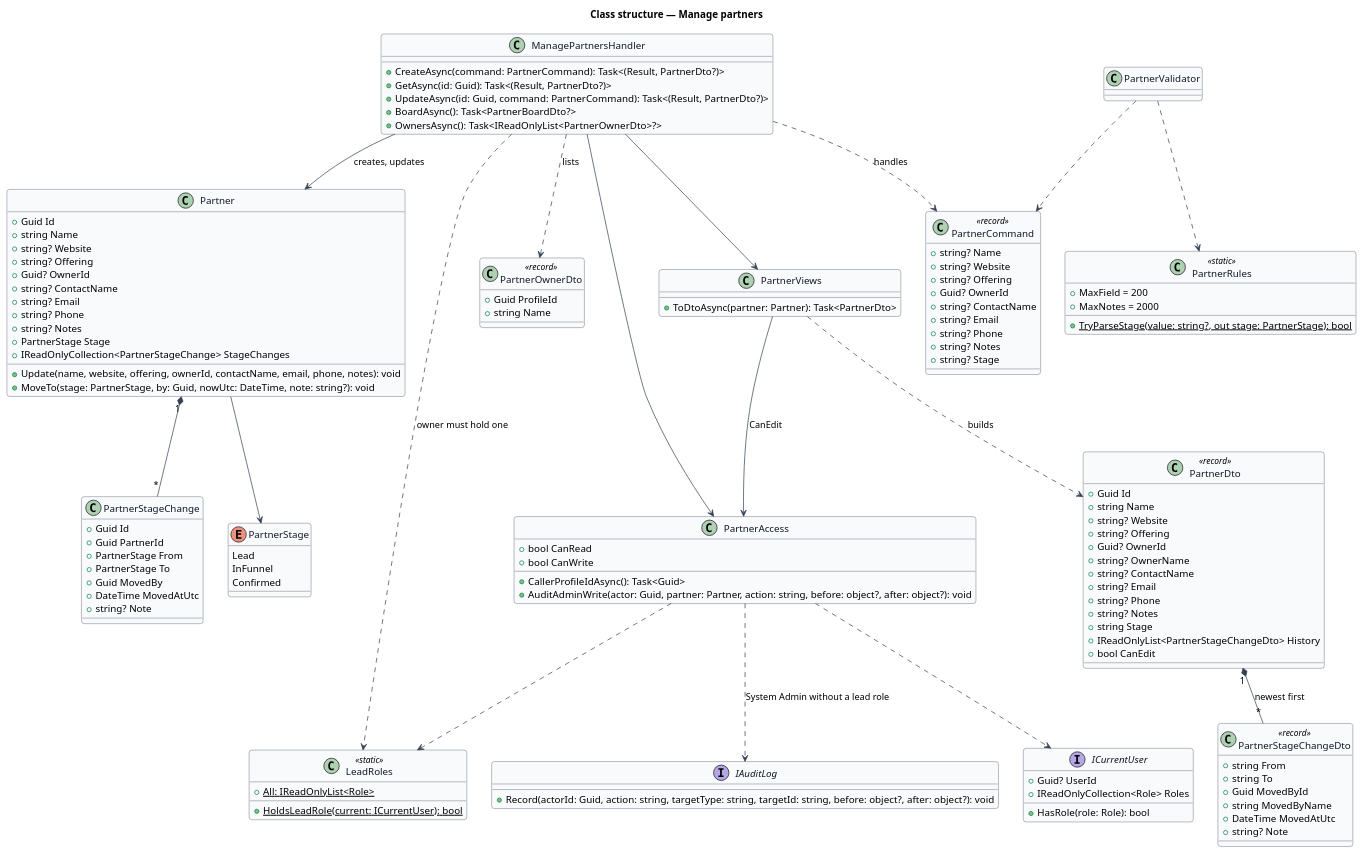
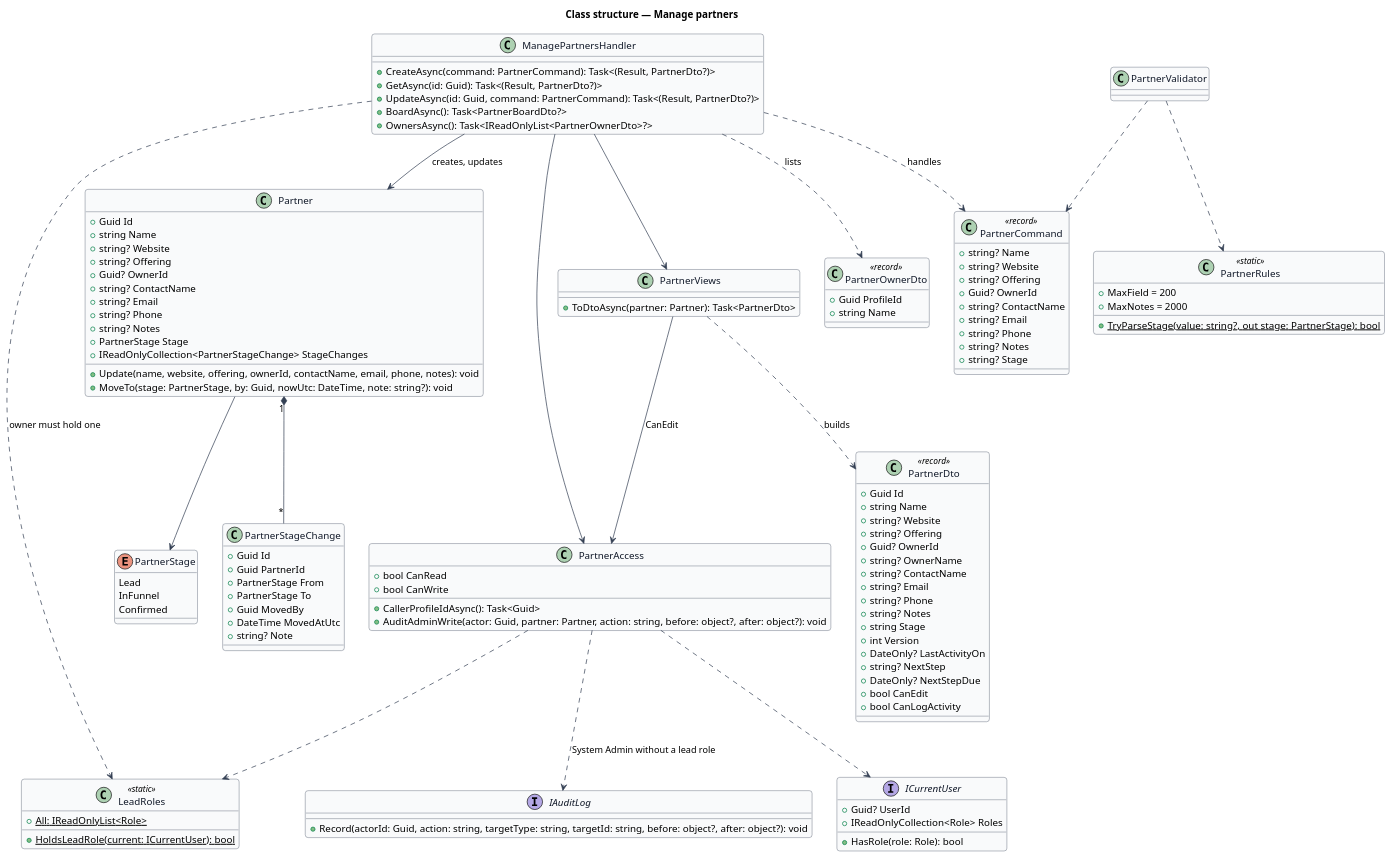
One commit to QuinntyneBrown/quinntyne-brown changed the diagram in docs/detailed-designs/partners/manage-partners/diagrams/class-structure.puml. Above: the diagram before and after it, drawn with PlantUML. The commit also changed 576 other files, not shown here.

First line of the commit message:
Add partner activity, duplicates and merge, event check-in and Reports

```diff
--- a/docs/detailed-designs/partners/manage-partners/diagrams/class-structure.puml
+++ b/docs/detailed-designs/partners/manage-partners/diagrams/class-structure.puml
@@ -1,131 +1,126 @@
 @startuml
 skinparam backgroundColor #FFFFFF
 skinparam shadowing false
 skinparam roundcorner 8
 skinparam defaultFontName Arial
 skinparam ArrowColor #344054
 skinparam class {
   BorderColor #344054
   FontColor #101828
   BackgroundColor #F9FAFB
 }
 title Class structure — Manage partners
 enum PartnerStage {
   Lead
   InFunnel
   Confirmed
 }
 class Partner {
   +Guid Id
   +string Name
   +string? Website
   +string? Offering
   +Guid? OwnerId
   +string? ContactName
   +string? Email
   +string? Phone
   +string? Notes
   +PartnerStage Stage
   +IReadOnlyCollection<PartnerStageChange> StageChanges
   +Update(name, website, offering, ownerId, contactName, email, phone, notes): void
   +MoveTo(stage: PartnerStage, by: Guid, nowUtc: DateTime, note: string?): void
 }
 class PartnerStageChange {
   +Guid Id
   +Guid PartnerId
   +PartnerStage From
   +PartnerStage To
   +Guid MovedBy
   +DateTime MovedAtUtc
   +string? Note
 }
 class PartnerAccess {
   +bool CanRead
   +bool CanWrite
   +CallerProfileIdAsync(): Task<Guid>
   +AuditAdminWrite(actor: Guid, partner: Partner, action: string, before: object?, after: object?): void
 }
 class PartnerViews {
   +ToDtoAsync(partner: Partner): Task<PartnerDto>
 }
 interface ICurrentUser {
   +Guid? UserId
   +IReadOnlyCollection<Role> Roles
   +HasRole(role: Role): bool
 }
 class LeadRoles <<static>> {
   +{static} All: IReadOnlyList<Role>
   +{static} HoldsLeadRole(current: ICurrentUser): bool
 }
 interface IAuditLog {
   +Record(actorId: Guid, action: string, targetType: string, targetId: string, before: object?, after: object?): void
 }
 Partner --> PartnerStage
 Partner "1" *-- "*" PartnerStageChange
 PartnerAccess ..> ICurrentUser
 PartnerAccess ..> LeadRoles
 PartnerAccess ..> IAuditLog : System Admin without a lead role
 PartnerViews --> PartnerAccess : CanEdit
 class PartnerDto <<record>> {
   +Guid Id
   +string Name
   +string? Website
   +string? Offering
   +Guid? OwnerId
   +string? OwnerName
   +string? ContactName
   +string? Email
   +string? Phone
   +string? Notes
   +string Stage
-  +IReadOnlyList<PartnerStageChangeDto> History
+  +int Version
+  +DateOnly? LastActivityOn
+  +string? NextStep
+  +DateOnly? NextStepDue
   +bool CanEdit
-}
-class PartnerStageChangeDto <<record>> {
-  +string From
-  +string To
-  +Guid MovedById
-  +string MovedByName
-  +DateTime MovedAtUtc
-  +string? Note
+  +bool CanLogActivity
 }
 PartnerViews ..> PartnerDto : builds
-PartnerDto "1" *-- "*" PartnerStageChangeDto : newest first
 
 class PartnerCommand <<record>> {
   +string? Name
   +string? Website
   +string? Offering
   +Guid? OwnerId
   +string? ContactName
   +string? Email
   +string? Phone
   +string? Notes
   +string? Stage
 }
 class PartnerRules <<static>> {
   +MaxField = 200
   +MaxNotes = 2000
   +{static} TryParseStage(value: string?, out stage: PartnerStage): bool
 }
 class PartnerValidator
 class ManagePartnersHandler {
   +CreateAsync(command: PartnerCommand): Task<(Result, PartnerDto?)>
   +GetAsync(id: Guid): Task<(Result, PartnerDto?)>
   +UpdateAsync(id: Guid, command: PartnerCommand): Task<(Result, PartnerDto?)>
   +BoardAsync(): Task<PartnerBoardDto?>
   +OwnersAsync(): Task<IReadOnlyList<PartnerOwnerDto>?>
 }
 class PartnerOwnerDto <<record>> {
   +Guid ProfileId
   +string Name
 }
 PartnerValidator ..> PartnerCommand
 PartnerValidator ..> PartnerRules
 ManagePartnersHandler ..> PartnerCommand : handles
 ManagePartnersHandler --> PartnerAccess
 ManagePartnersHandler --> PartnerViews
 ManagePartnersHandler --> Partner : creates, updates
 ManagePartnersHandler ..> LeadRoles : owner must hold one
 ManagePartnersHandler ..> PartnerOwnerDto : lists
 @enduml
```
